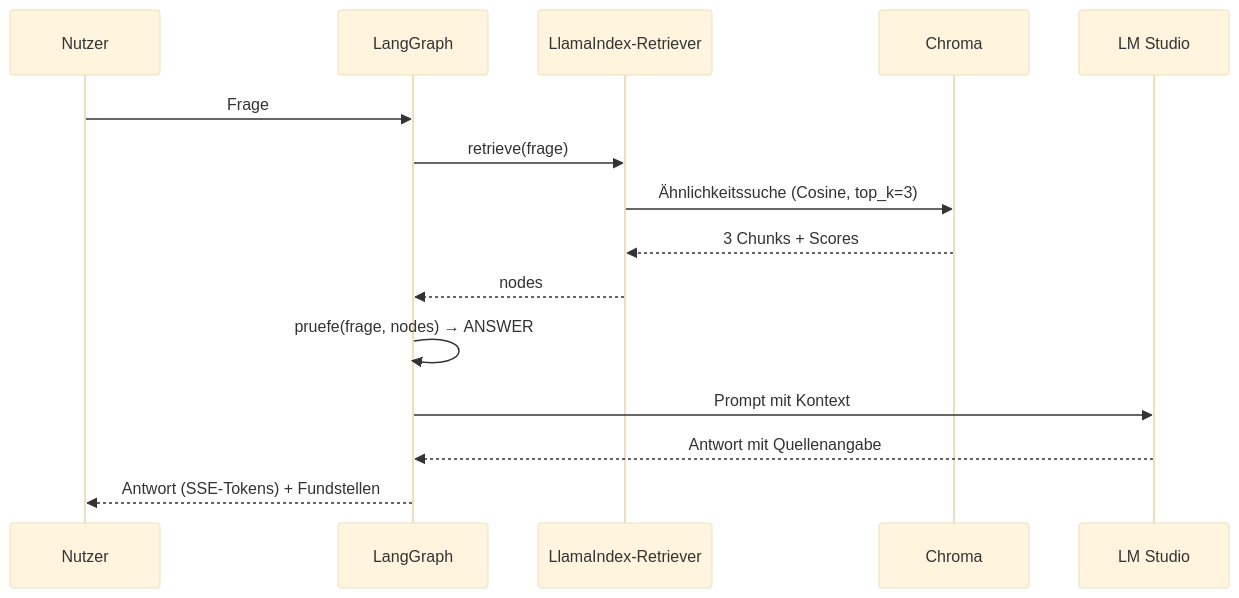
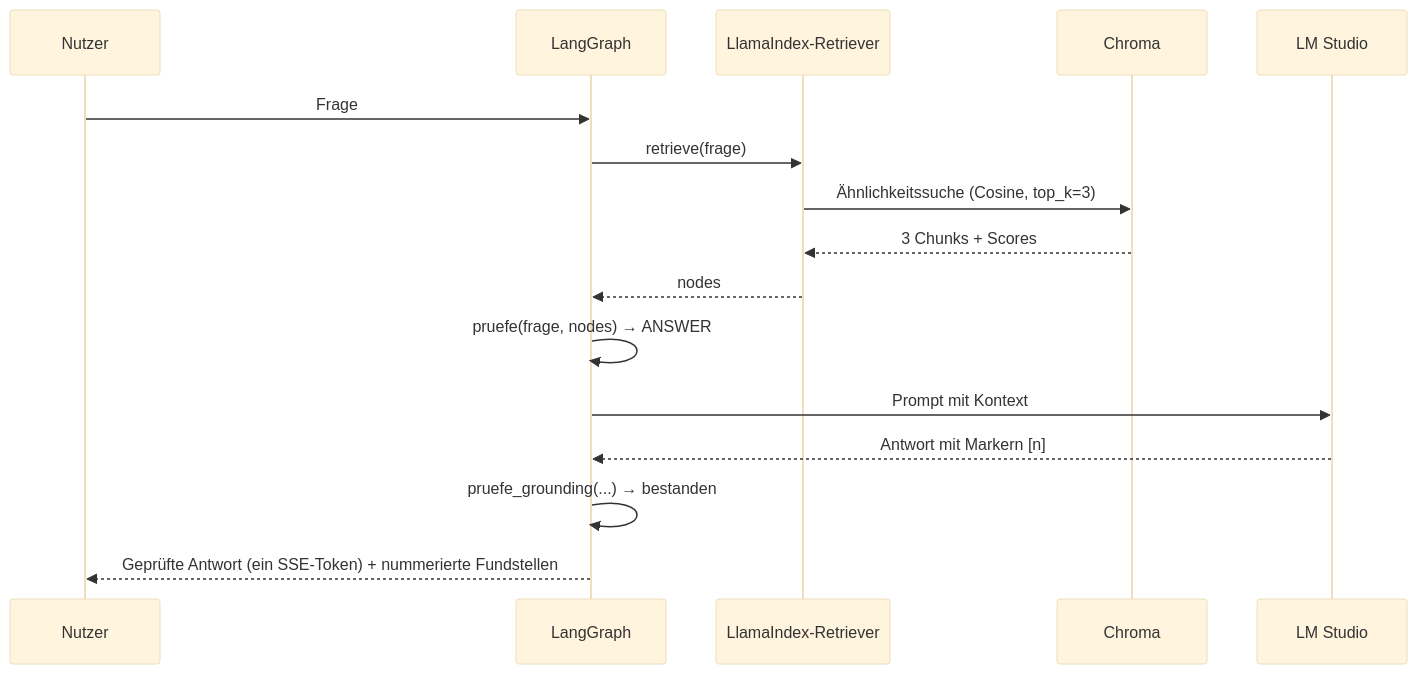
One commit to Gereon93/regRAG changed the third of 5 diagrams in docs/arc42.md. Above: the diagram before and after it, drawn with Mermaid (base theme). The commit also changed other lines of this file and 18 other files, not shown here.

````diff
--- a/docs/arc42.md
+++ b/docs/arc42.md
@@ -149,18 +150,19 @@
 ```mermaid
 sequenceDiagram
     participant N as Nutzer
     participant G as LangGraph
     participant R as LlamaIndex-Retriever
     participant D as Chroma
     participant L as LM Studio
 
     N->>G: Frage
     G->>R: retrieve(frage)
     R->>D: Ähnlichkeitssuche (Cosine, top_k=3)
     D-->>R: 3 Chunks + Scores
     R-->>G: nodes
     G->>G: pruefe(frage, nodes) → ANSWER
     G->>L: Prompt mit Kontext
-    L-->>G: Antwort mit Quellenangabe
-    G-->>N: Antwort (SSE-Tokens) + Fundstellen
+    L-->>G: Antwort mit Markern [n]
+    G->>G: pruefe_grounding(...) → bestanden
+    G-->>N: Geprüfte Antwort (ein SSE-Token) + nummerierte Fundstellen
 ```
````
